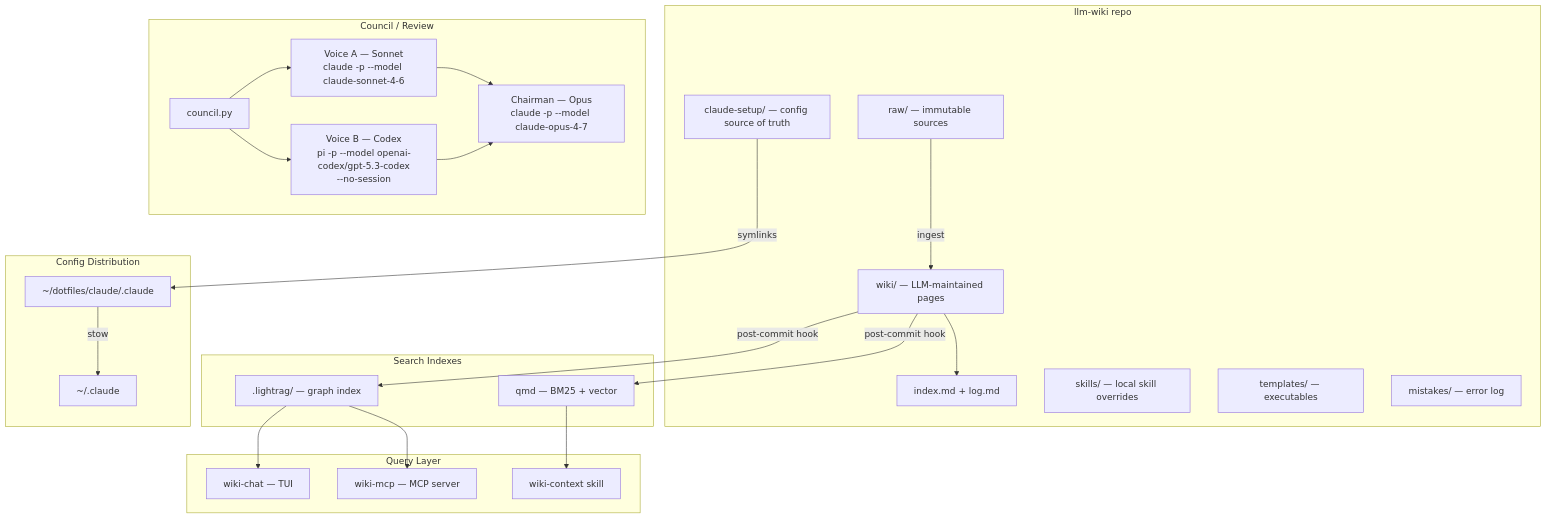
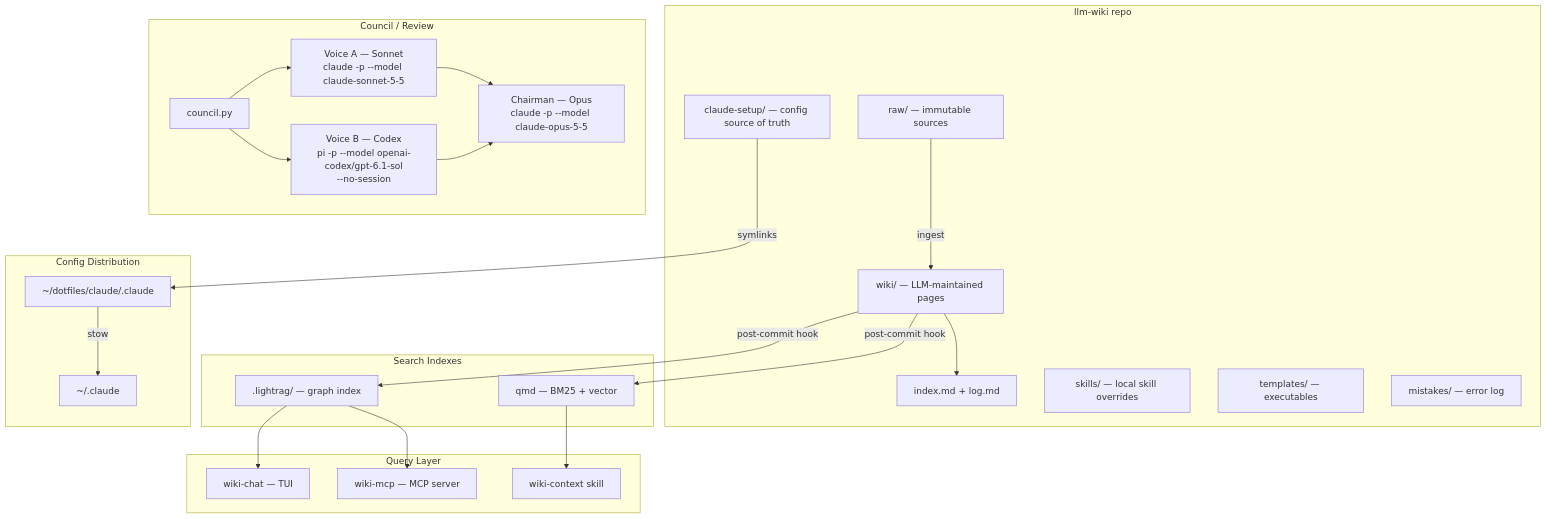
Before and after one commit to vietbui1999ru/llm-wiki: the first of 8 diagrams in docs-site/guides/architecture.mdx, drawn with Mermaid. The commit also changed other lines of this file and 13 other files, not shown here.

````diff
--- a/docs-site/guides/architecture.mdx
+++ b/docs-site/guides/architecture.mdx
@@ -9,50 +9,50 @@
 ```mermaid
 graph TD
     subgraph REPO["llm-wiki repo"]
         RAW[raw/ — immutable sources]
         WIKI[wiki/ — LLM-maintained pages]
         IDX[index.md + log.md]
         SKILLS[skills/ — local skill overrides]
         SETUP[claude-setup/ — config source of truth]
         TMPL[templates/ — executables]
         MISTAKES[mistakes/ — error log]
     end
 
     subgraph INDEXES["Search Indexes"]
         QMD[qmd — BM25 + vector]
         LIGHTRAG[.lightrag/ — graph index]
     end
 
     subgraph QUERY["Query Layer"]
         CHAT[wiki-chat — TUI]
         MCP[wiki-mcp — MCP server]
         SKILL_WC[wiki-context skill]
     end
 
     subgraph COUNCIL["Council / Review"]
         COUNCIL_PY[council.py]
-        VOICE_A[Voice A — Sonnet<br>claude -p --model claude-sonnet-4-6]
-        VOICE_B[Voice B — Codex<br>pi -p --model openai-codex/gpt-5.3-codex<br>--no-session]
-        CHAIR[Chairman — Opus<br>claude -p --model claude-opus-4-7]
+        VOICE_A[Voice A — Sonnet<br>claude -p --model claude-sonnet-5-5]
+        VOICE_B[Voice B — Codex<br>pi -p --model openai-codex/gpt-6.1-sol<br>--no-session]
+        CHAIR[Chairman — Opus<br>claude -p --model claude-opus-5-5]
     end
 
     subgraph CONFIG["Config Distribution"]
         DOTFILES[~/dotfiles/claude/.claude]
         HOME_CLAUDE[~/.claude]
     end
 
     RAW -->|ingest| WIKI
     WIKI --> IDX
     WIKI -->|post-commit hook| QMD
     WIKI -->|post-commit hook| LIGHTRAG
 
     QMD --> SKILL_WC
     LIGHTRAG --> CHAT
     LIGHTRAG --> MCP
 
     SETUP -->|symlinks| DOTFILES
     DOTFILES -->|stow| HOME_CLAUDE
 
     COUNCIL_PY --> VOICE_A & VOICE_B
     VOICE_A & VOICE_B --> CHAIR
 ```
````
